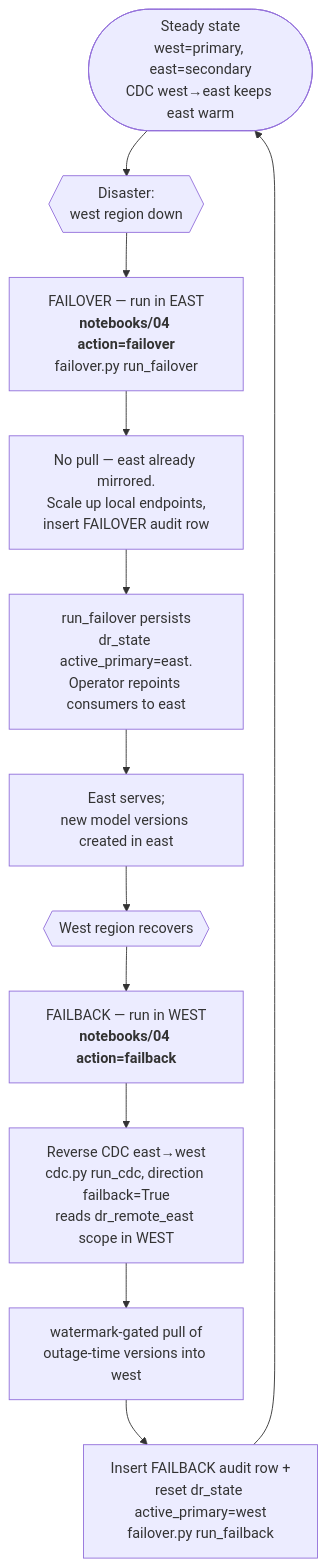
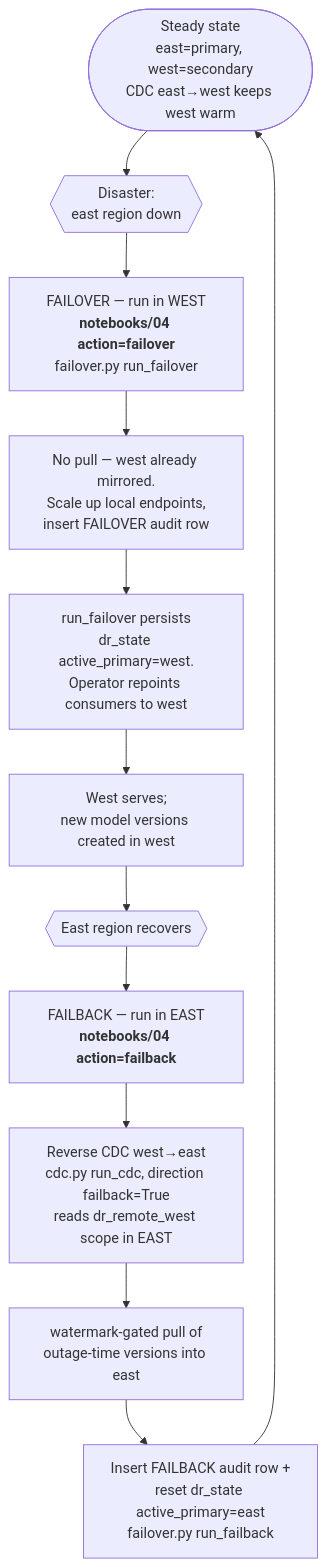
Before and after one commit to ankitad-db/disaster-recovery-poc: the fourth of 6 diagrams in docs/architecture.md, drawn with Mermaid. The commit also changed other lines of this file and 45 other files, not shown here.

````diff
--- a/docs/architecture.md
+++ b/docs/architecture.md
@@ -276,16 +292,16 @@
 ```mermaid
 flowchart TD
-    Steady([Steady state<br/>west=primary, east=secondary<br/>CDC west→east keeps east warm]) --> Boom{{Disaster:<br/>west region down}}
+    Steady([Steady state<br/>east=primary, west=secondary<br/>CDC east→west keeps west warm]) --> Boom{{Disaster:<br/>east region down}}
 
-    Boom --> FO[FAILOVER — run in EAST<br/><b>notebooks/04 action=failover</b><br/>failover.py run_failover]
-    FO --> FO1[No pull — east already mirrored.<br/>Scale up local endpoints,<br/>insert FAILOVER audit row]
-    FO1 --> FO2[run_failover persists<br/>dr_state active_primary=east.<br/>Operator repoints consumers to east]
-    FO2 --> Outage[East serves;<br/>new model versions created in east]
+    Boom --> FO[FAILOVER — run in WEST<br/><b>notebooks/04 action=failover</b><br/>failover.py run_failover]
+    FO --> FO1[No pull — west already mirrored.<br/>Scale up local endpoints,<br/>insert FAILOVER audit row]
+    FO1 --> FO2[run_failover persists<br/>dr_state active_primary=west.<br/>Operator repoints consumers to west]
+    FO2 --> Outage[West serves;<br/>new model versions created in west]
 
-    Outage --> Recover{{West region recovers}}
-    Recover --> FB[FAILBACK — run in WEST<br/><b>notebooks/04 action=failback</b>]
-    FB --> FB1[Reverse CDC east→west<br/>cdc.py run_cdc, direction failback=True<br/>reads dr_remote_east scope in WEST]
-    FB1 --> FB2[watermark-gated pull of<br/>outage-time versions into west]
-    FB2 --> FB3[Insert FAILBACK audit row +<br/>reset dr_state active_primary=west<br/>failover.py run_failback]
+    Outage --> Recover{{East region recovers}}
+    Recover --> FB[FAILBACK — run in EAST<br/><b>notebooks/04 action=failback</b>]
+    FB --> FB1[Reverse CDC west→east<br/>cdc.py run_cdc, direction failback=True<br/>reads dr_remote_west scope in EAST]
+    FB1 --> FB2[watermark-gated pull of<br/>outage-time versions into east]
+    FB2 --> FB3[Insert FAILBACK audit row +<br/>reset dr_state active_primary=east<br/>failover.py run_failback]
     FB3 --> Steady
 ```
````
